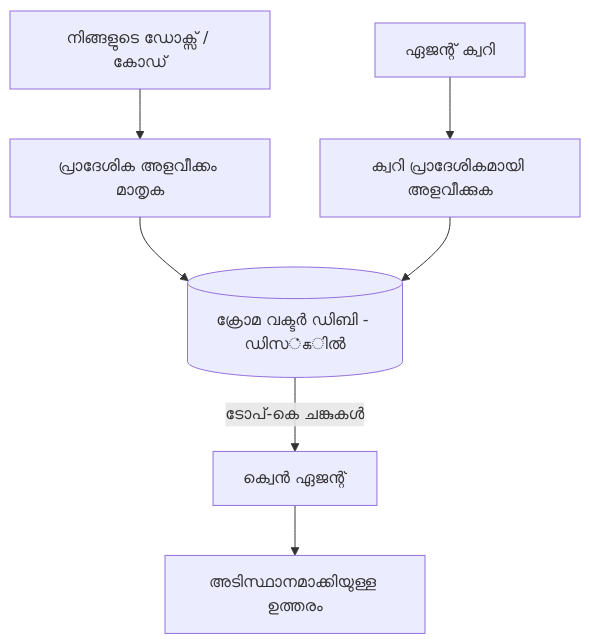
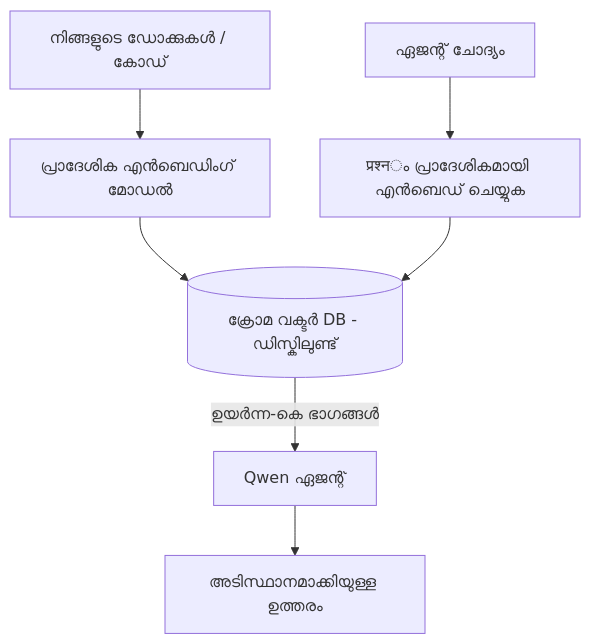
Before and after one commit to microsoft/ai-agents-for-beginners: the third of 4 diagrams in translations/ml/17-creating-local-ai-agents/README.md, drawn with Mermaid. The commit also changed other lines of this file and 43 other files, not shown here.

````diff
--- a/translations/ml/17-creating-local-ai-agents/README.md
+++ b/translations/ml/17-creating-local-ai-agents/README.md
@@ -125,9 +125,9 @@
 ```mermaid
 flowchart TB
-    D[നിങ്ങളുടെ ഡോക്സ് / കോഡ്] --> E[പ്രാദേശിക അളവീക്കം മാതൃക]
-    E --> V[(ക്രോമ വക്ടര്‍ ഡിബി - ഡിസ்கില്‍)]
-    Q[ഏജന്റ് ക്വറി] --> QE[ക്വറി പ്രാദേശികമായി അളവീക്കുക]
+    D[നിങ്ങളുടെ ഡോക്കുകൾ / കോഡ്] --> E[പ്രാദേശിക എൻ‌ബെഡിംഗ് മോഡൽ]
+    E --> V[(ക്രോമ വക്ടർ DB - ഡിസ്കിലുണ്ട്)]
+    Q[ഏജന്റ് ചോദ്യം] --> QE[प्रश्नം പ്രാദേശികമായി എൻ‌ബെഡ് ചെയ്യുക]
     QE --> V
-    V -->|ടോപ്-കെ ചങ്കുകൾ| A[ക്വെന്‍ ഏജന്റ്]
+    V -->|ഉയർന്ന-കെ ഭാഗങ്ങൾ| A[Qwen ഏജന്റ്]
     A --> Ans[അടിസ്ഥാനമാക്കിയുള്ള ഉത്തരം]
 ```
````
